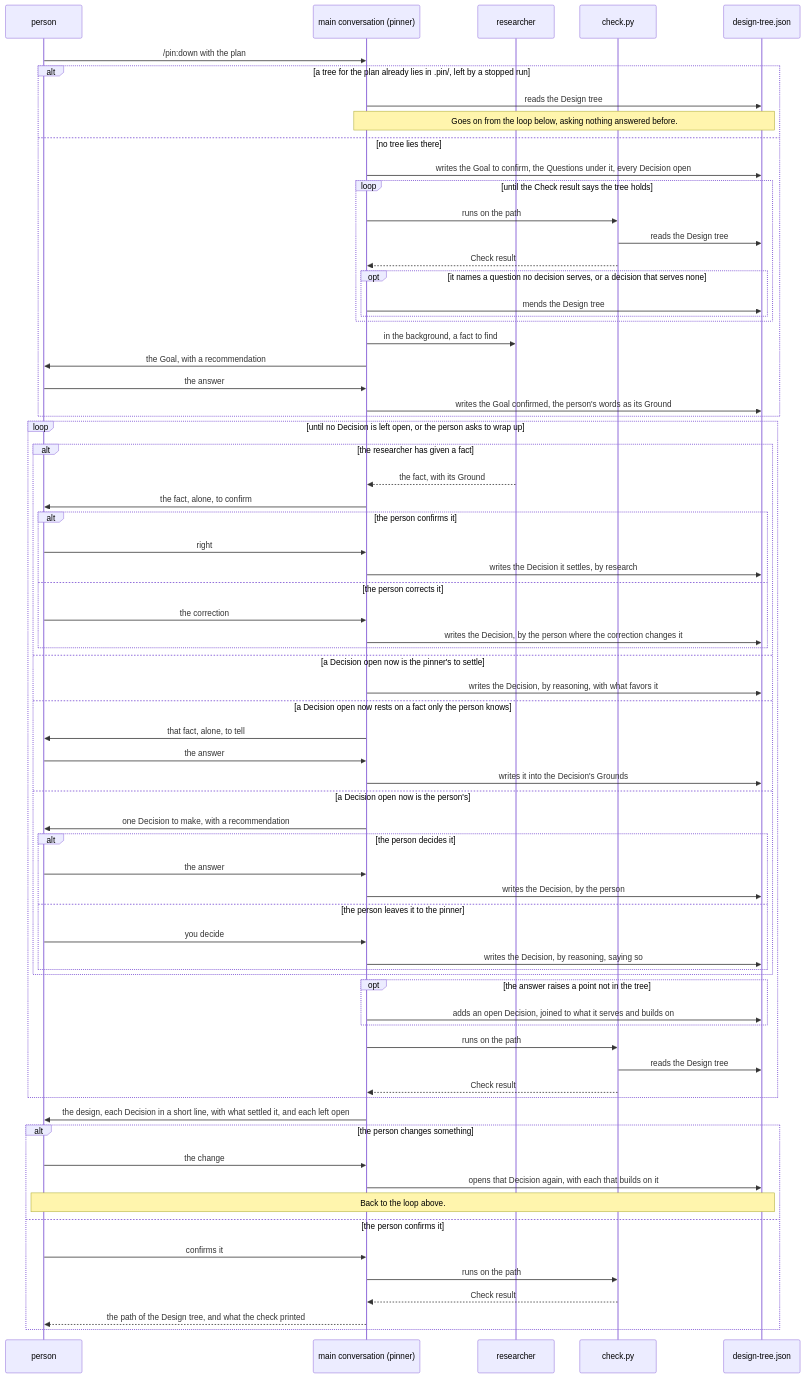
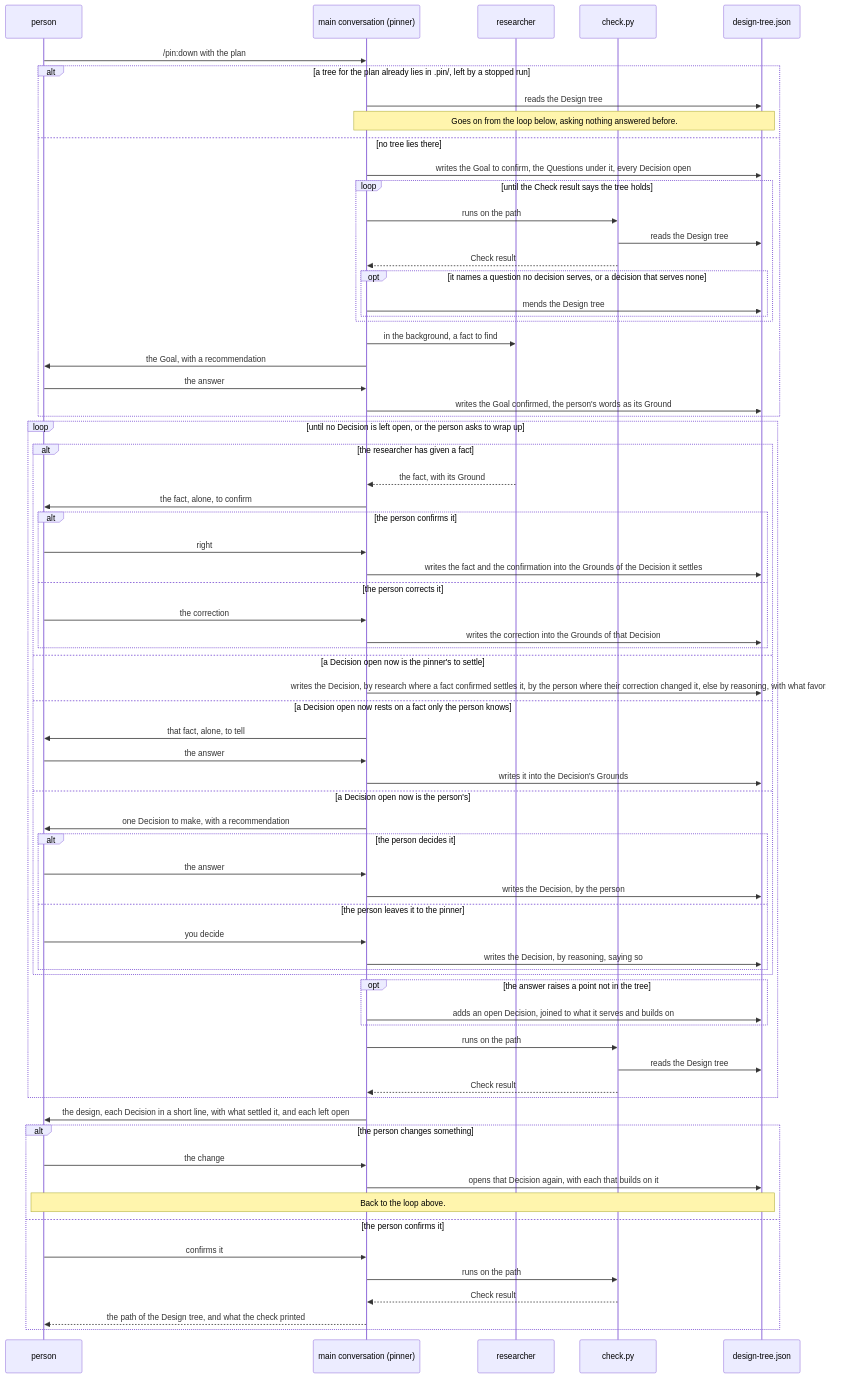
One commit to lovaizu/ccpm changed the third of 6 diagrams in dev/pin/architecture.md. Above: the diagram before and after it, drawn with Mermaid. The commit also changed 16 other files, not shown here.

````diff
--- a/dev/pin/architecture.md
+++ b/dev/pin/architecture.md
@@ -191,72 +191,72 @@
 ```mermaid
 sequenceDiagram
   participant P as person
   participant M as main conversation (pinner)
   participant R as researcher
   participant C as check.py
   participant T as design-tree.json
   P->>M: /pin:down with the plan
   alt a tree for the plan already lies in .pin/, left by a stopped run
     M->>T: reads the Design tree
     Note over M,T: Goes on from the loop below, asking nothing answered before.
   else no tree lies there
     M->>T: writes the Goal to confirm, the Questions under it, every Decision open
     loop until the Check result says the tree holds
       M->>C: runs on the path
       C->>T: reads the Design tree
       C-->>M: Check result
       opt it names a question no decision serves, or a decision that serves none
         M->>T: mends the Design tree
       end
     end
     M->>R: in the background, a fact to find
     M->>P: the Goal, with a recommendation
     P->>M: the answer
     M->>T: writes the Goal confirmed, the person's words as its Ground
   end
   loop until no Decision is left open, or the person asks to wrap up
     alt the researcher has given a fact
       R-->>M: the fact, with its Ground
       M->>P: the fact, alone, to confirm
       alt the person confirms it
         P->>M: right
-        M->>T: writes the Decision it settles, by research
+        M->>T: writes the fact and the confirmation into the Grounds of the Decision it settles
       else the person corrects it
         P->>M: the correction
-        M->>T: writes the Decision, by the person where the correction changes it
+        M->>T: writes the correction into the Grounds of that Decision
       end
     else a Decision open now is the pinner's to settle
-      M->>T: writes the Decision, by reasoning, with what favors it
+      M->>T: writes the Decision, by research where a fact confirmed settles it, by the person where their correction changed it, else by reasoning, with what favors it
     else a Decision open now rests on a fact only the person knows
       M->>P: that fact, alone, to tell
       P->>M: the answer
       M->>T: writes it into the Decision's Grounds
     else a Decision open now is the person's
       M->>P: one Decision to make, with a recommendation
       alt the person decides it
         P->>M: the answer
         M->>T: writes the Decision, by the person
       else the person leaves it to the pinner
         P->>M: you decide
         M->>T: writes the Decision, by reasoning, saying so
       end
     end
     opt the answer raises a point not in the tree
       M->>T: adds an open Decision, joined to what it serves and builds on
     end
     M->>C: runs on the path
     C->>T: reads the Design tree
     C-->>M: Check result
   end
   M->>P: the design, each Decision in a short line, with what settled it, and each left open
   alt the person changes something
     P->>M: the change
     M->>T: opens that Decision again, with each that builds on it
     Note over P,T: Back to the loop above.
   else the person confirms it
     P->>M: confirms it
     M->>C: runs on the path
     C-->>M: Check result
     M-->>P: the path of the Design tree, and what the check printed
   end
 ```
````
